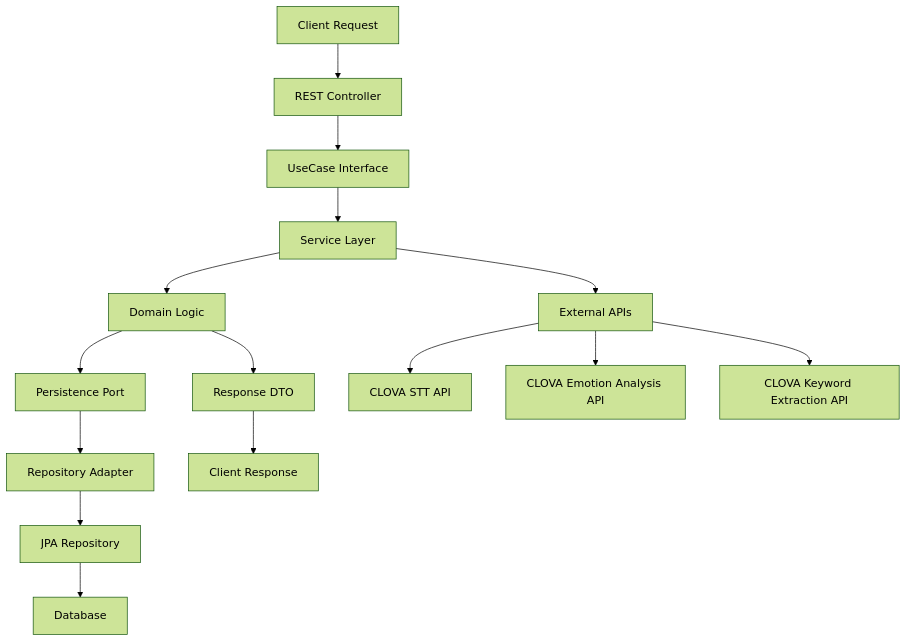
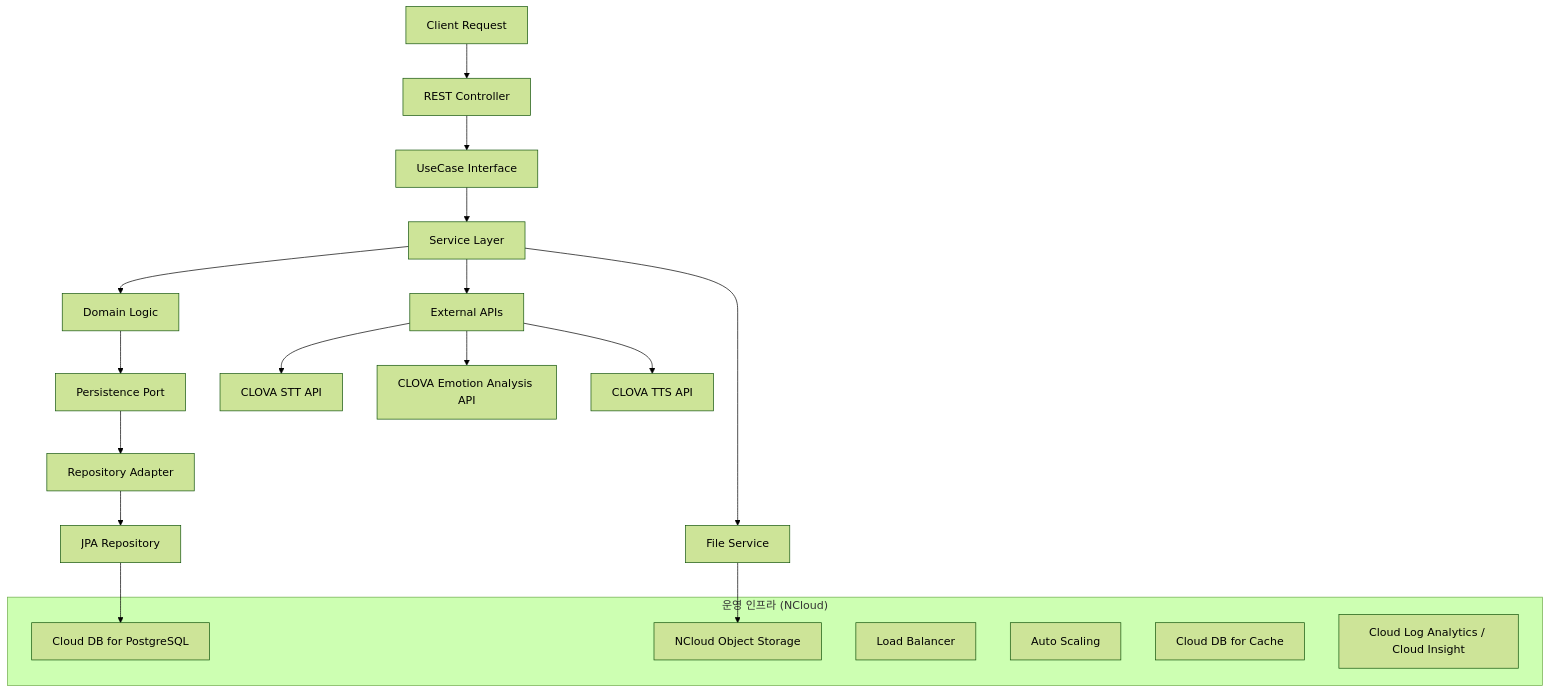
One commit to team-melog/melog-be changed the diagram in README.md. Above: the diagram before and after it, drawn with Mermaid (forest theme). The commit also changed other lines of this file and 4 other files, not shown here.

````diff
--- a/README.md
+++ b/README.md
@@ -42,19 +89,28 @@
 ```mermaid
 flowchart TD
     A[Client Request] --> B[REST Controller]
     B --> C[UseCase Interface]
     C --> D[Service Layer]
     D --> E[Domain Logic]
     E --> F[Persistence Port]
     F --> G[Repository Adapter]
     G --> H[JPA Repository]
-    H --> I[Database]
+    H --> I[Cloud DB for PostgreSQL]
     
     D --> J[External APIs]
     J --> K[CLOVA STT API]
     J --> L[CLOVA Emotion Analysis API]
-    J --> M[CLOVA Keyword Extraction API]
+    J --> N[CLOVA TTS API]
     
-    E --> N[Response DTO]
-    N --> O[Client Response]
+    D --> O[File Service]
+    O --> P[NCloud Object Storage]
+    
+    subgraph "운영 인프라 (NCloud)"
+        I
+        P
+        LB[Load Balancer]
+        ASC[Auto Scaling]
+        CDB[Cloud DB for Cache]
+        MON[Cloud Log Analytics / Cloud Insight]
+    end
 ```
````
